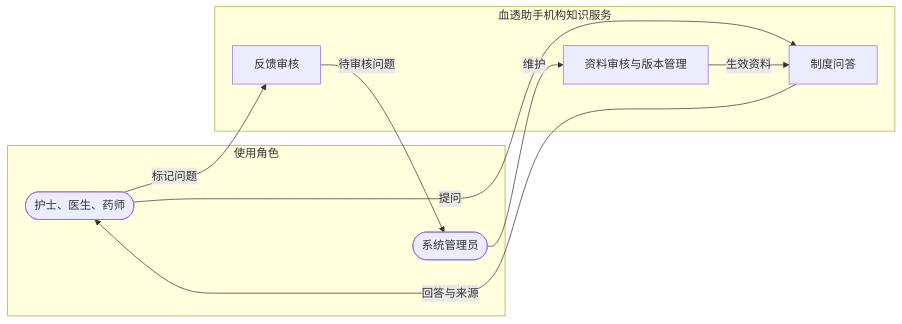
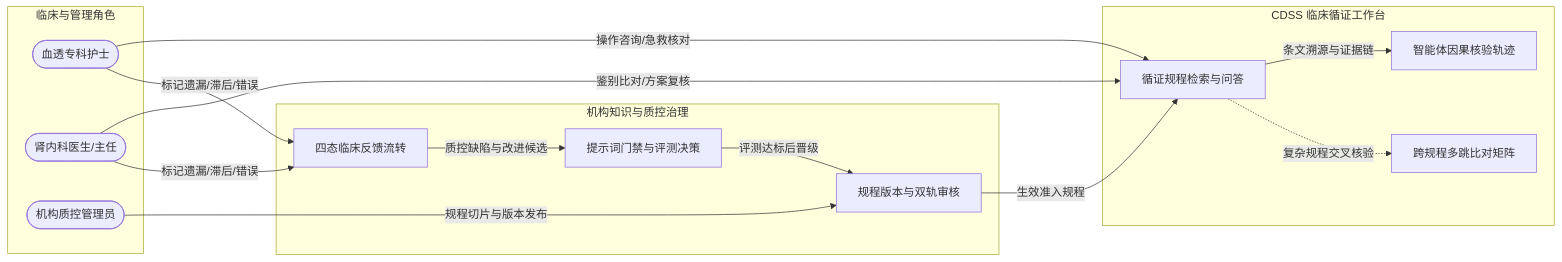
One commit to ch1209498273/medical-rag-assistant-showcase changed the first of 3 diagrams in README.md. Above: the diagram before and after it, drawn with Mermaid. The commit also changed other lines of this file, not shown here.

Commit message:
docs: elevate CDSS clinical evidence decision support and governance architecture

````diff
--- a/README.md
+++ b/README.md
@@ -23,18 +24,27 @@
 ```mermaid
 flowchart LR
-    subgraph people["使用角色"]
-      worker([护士、医生、药师])
-      admin([系统管理员])
+    subgraph users["临床与管理角色"]
+      nurse([血透专科护士])
+      doctor([肾内科医生/主任])
+      admin([机构质控管理员])
     end
-    subgraph product["血透助手机构知识服务"]
-      qa[制度问答]
-      docs[资料审核与版本管理]
-      feedback[反馈审核]
+    subgraph cdss["CDSS 临床循证工作台"]
+      qa[循证规程检索与问答]
+      trace[智能体因果核验轨迹]
+      investigation[跨规程多跳比对矩阵]
     end
-    worker -->|提问| qa
-    qa -->|回答与来源| worker
-    admin -->|维护| docs
-    docs -->|生效资料| qa
-    worker -->|标记问题| feedback
-    feedback -->|待审核问题| admin
+    subgraph governance["机构知识与质控治理"]
+      lifecycle[规程版本与双轨审核]
+      feedback[四态临床反馈流转]
+      evals[提示词门禁与评测决策]
+    end
+    nurse -->|操作咨询/急救核对| qa
+    doctor -->|鉴别比对/方案复核| qa
+    qa -->|条文溯源与证据链| trace
+    qa -.->|复杂规程交叉核验| investigation
+    admin -->|规程切片与版本发布| lifecycle
+    lifecycle -->|生效准入规程| qa
+    nurse & doctor -->|标记遗漏/滞后/错误| feedback
+    feedback -->|质控缺陷与改进候选| evals
+    evals -->|评测达标后晋级| lifecycle
 ```
````
